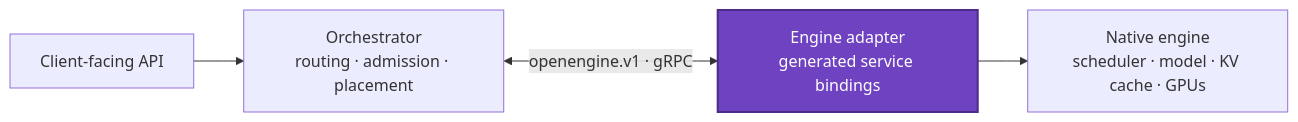
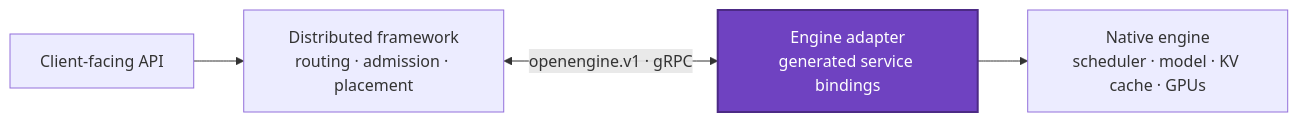
Before and after one commit to ai-dynamo/openengine: the diagram in README.md, drawn with Mermaid. The commit also changed other lines of this file, not shown here.

Commit message:
docs(readme): use distributed framework terminology

````diff
--- a/README.md
+++ b/README.md
@@ -113,9 +114,9 @@
 ```mermaid
 flowchart LR
-    C["Client-facing API"] --> O["Orchestrator<br/>routing · admission · placement"]
+    C["Client-facing API"] --> O["Distributed framework<br/>routing · admission · placement"]
     O <-->|"openengine.v1 · gRPC"| A["Engine adapter<br/>generated service bindings"]
     A --> E["Native engine<br/>scheduler · model · KV cache · GPUs"]
 
     classDef boundary fill:#6f42c1,color:#fff,stroke:#4c2a85,stroke-width:2px;
     class A boundary;
 ```
````
